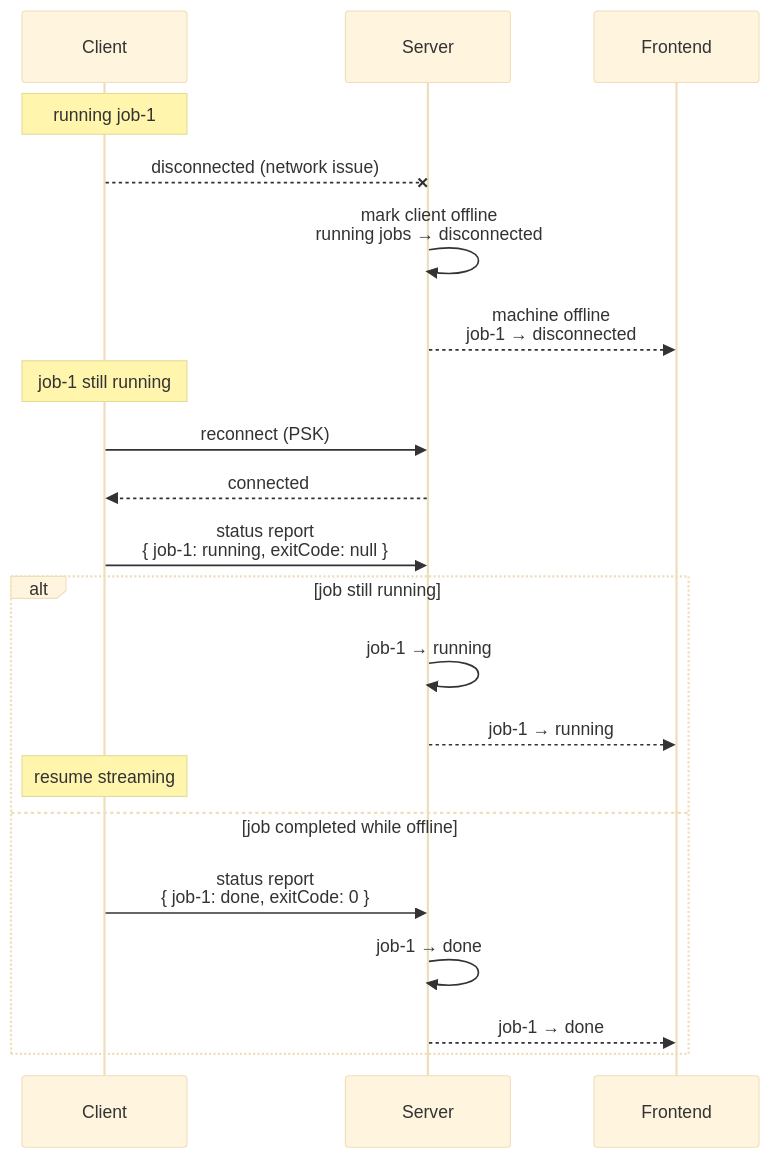
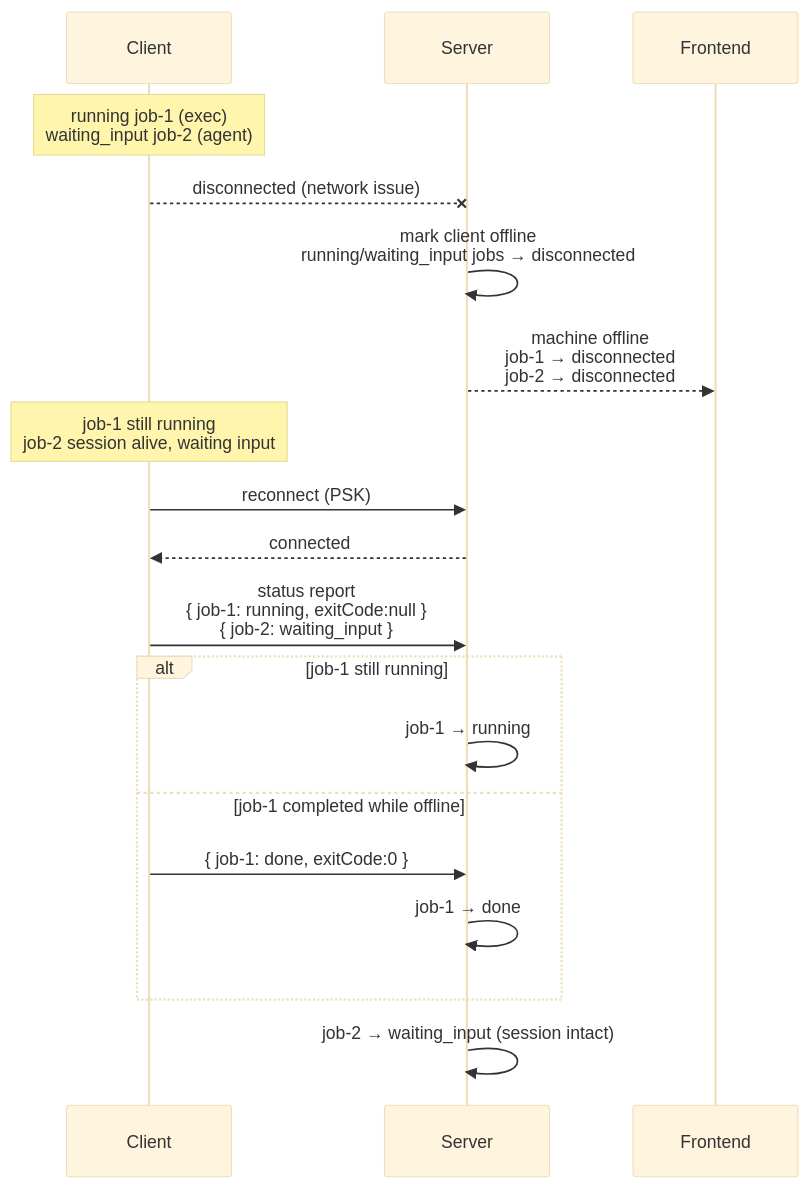
Before and after one commit to xuzhen97/VCPDeck: the seventh of 10 diagrams in docs/server-client-interaction-design.md, drawn with Mermaid (base theme). The commit also changed other lines of this file and 1 other file, not shown here.

Commit message:
docs: Typed Job 内核架构设计 spec + 交互模型同步更新

````diff
--- a/docs/server-client-interaction-design.md
+++ b/docs/server-client-interaction-design.md
@@ -230,29 +436,28 @@
 ```mermaid
 sequenceDiagram
     participant C as Client
     participant S as Server
     participant FE as Frontend
 
-    Note over C: running job-1
+    Note over C: running job-1 (exec)<br/>waiting_input job-2 (agent)
 
     C--xS: disconnected (network issue)
-    S->>S: mark client offline<br/>running jobs → disconnected
-    S-->>FE: machine offline<br/>job-1 → disconnected
+    S->>S: mark client offline<br/>running/waiting_input jobs → disconnected
+    S-->>FE: machine offline<br/>job-1 → disconnected<br/>job-2 → disconnected
 
-    Note over C: job-1 still running
+    Note over C: job-1 still running<br/>job-2 session alive, waiting input
 
     C->>S: reconnect (PSK)
     S-->>C: connected
 
-    C->>S: status report<br/>{ job-1: running, exitCode: null }
+    C->>S: status report<br/>{ job-1: running, exitCode:null }<br/>{ job-2: waiting_input }
 
-    alt job still running
+    alt job-1 still running
         S->>S: job-1 → running
-        S-->>FE: job-1 → running
-        Note over C: resume streaming
-    else job completed while offline
-        C->>S: status report<br/>{ job-1: done, exitCode: 0 }
+    else job-1 completed while offline
+        C->>S: { job-1: done, exitCode:0 }
         S->>S: job-1 → done
-        S-->>FE: job-1 → done
     end
+
+    S->>S: job-2 → waiting_input (session intact)
 ```
````
